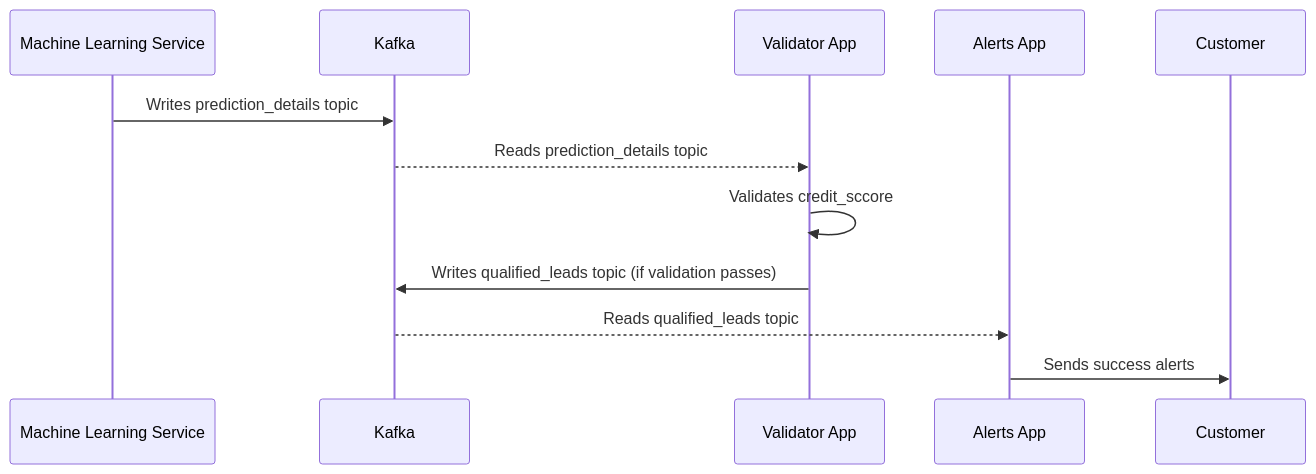
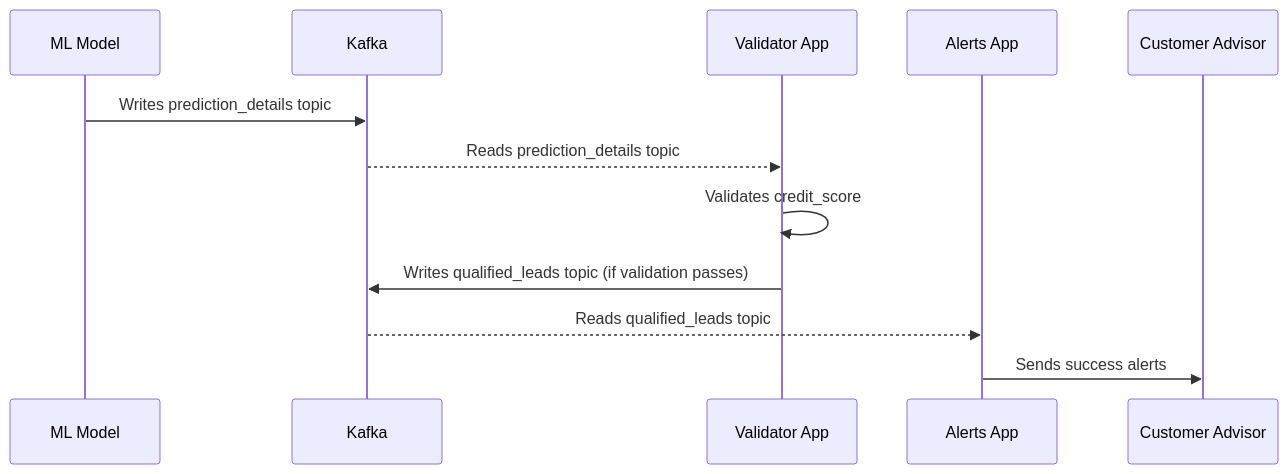
One commit to john-mwangi/mariadb-iceberg-pipeline changed the second of 2 diagrams in docs/diagrams.md. Above: the diagram before and after it, drawn with Mermaid.

Commit message:
Update feature design

````diff
--- a/docs/diagrams.md
+++ b/docs/diagrams.md
@@ -51,15 +51,16 @@
 ```mermaid
 %% Feature Design
 sequenceDiagram
-    participant ML_Service as Machine Learning Service
+    participant ML_Service as ML Model
     participant Kafka as Kafka
     participant Validator_App as Validator App
     participant Alerts_App as Alerts App
+    participant Advisor as Customer Advisor
 
     ML_Service->>Kafka: Writes prediction_details topic
     Kafka-->>Validator_App: Reads prediction_details topic
-    Validator_App->>Validator_App: Validates credit_sccore
+    Validator_App->>Validator_App: Validates credit_score
     Validator_App->>Kafka: Writes qualified_leads topic (if validation passes)
     Kafka-->>Alerts_App: Reads qualified_leads topic
-    Alerts_App->>Customer: Sends success alerts
+    Alerts_App->>Advisor: Sends success alerts
 ```
````
